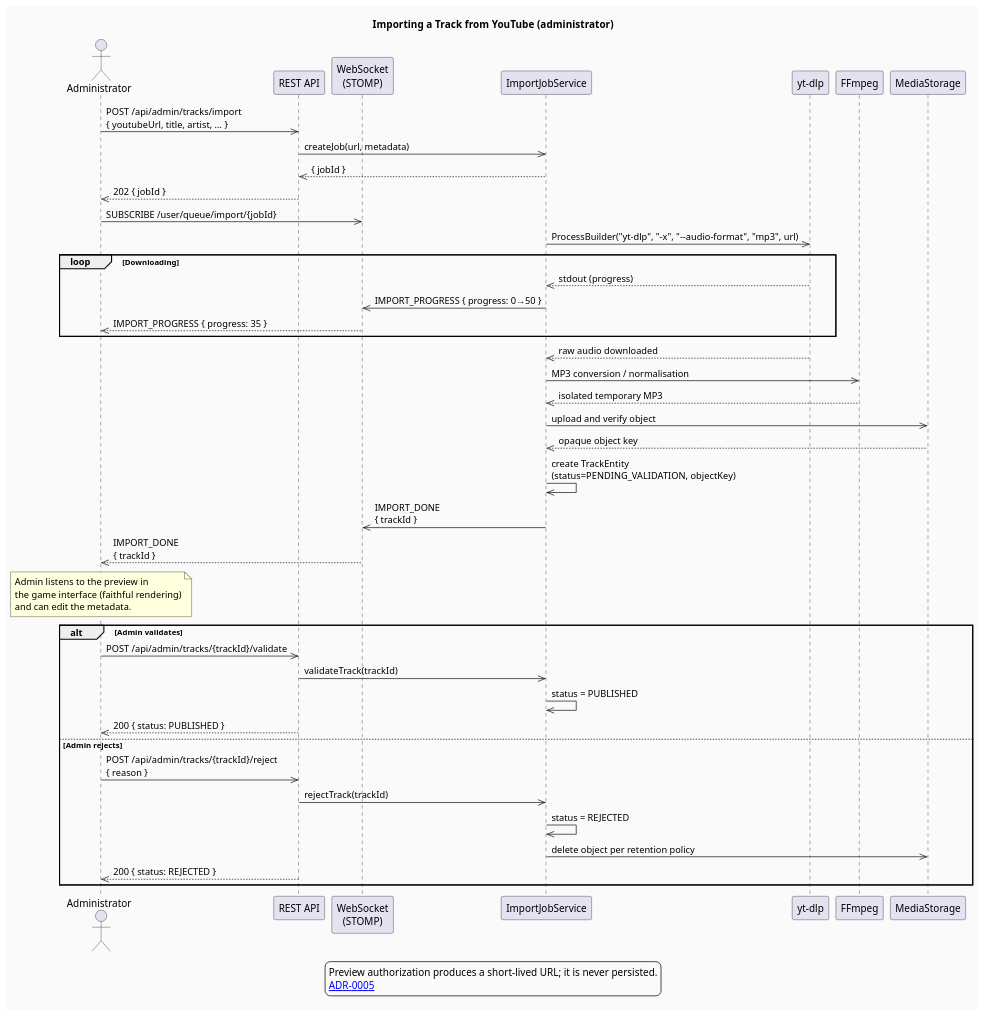
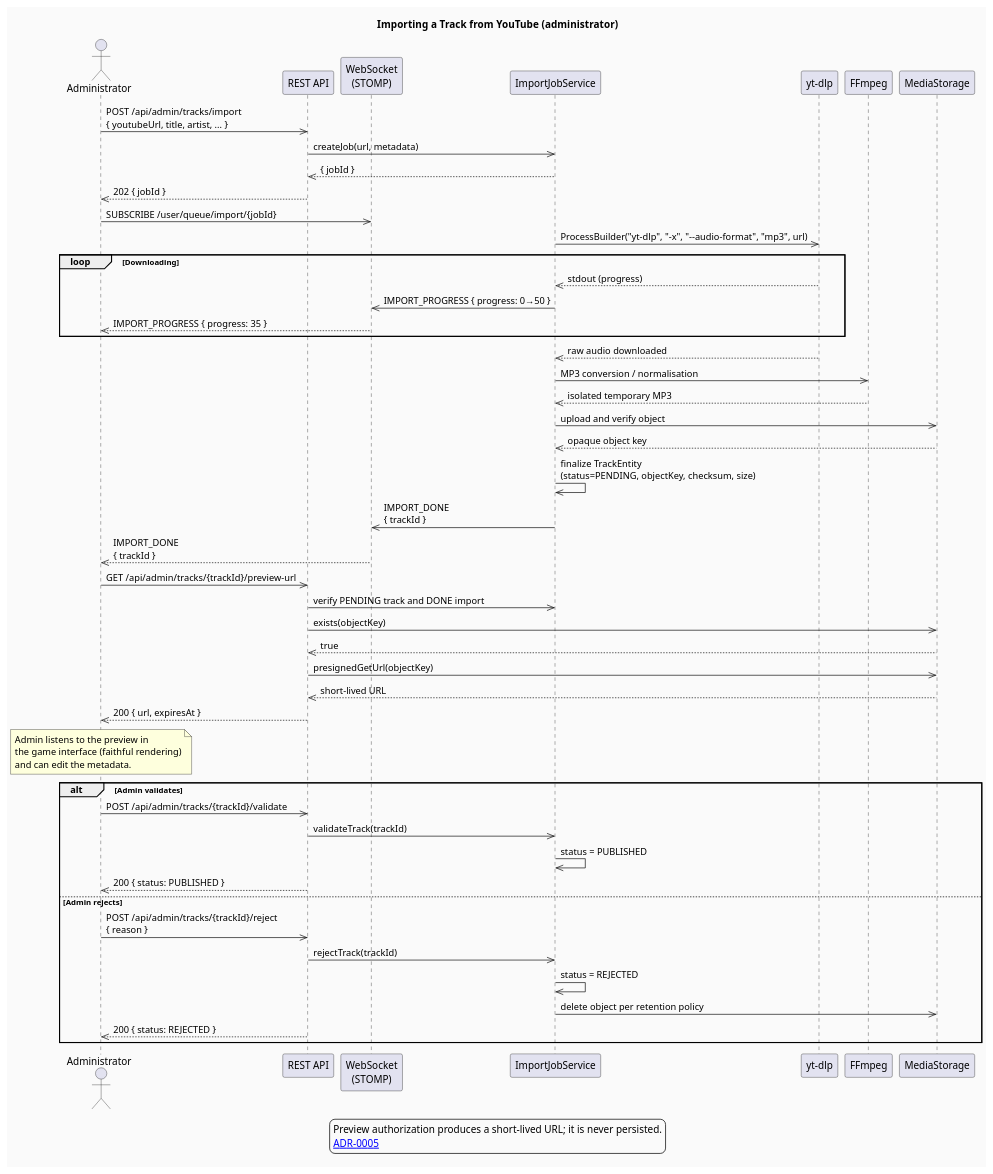
The fourth of 5 diagrams in docs/diagrams/04-sequences.puml (CyprienJ/blindTest), drawn with PlantUML before and after one commit. The commit also changed 15 other files, not shown here.

```diff
--- a/docs/diagrams/04-sequences.puml
+++ b/docs/diagrams/04-sequences.puml
@@ -175,64 +175,72 @@
 @startuml Sequence - Music Import (administrator)
 ' Decision: ADR-0005 stores validated audio in private S3-compatible storage.
 title Importing a Track from YouTube (administrator)
 skinparam backgroundColor #FAFAFA
 
 actor "Administrator" as admin
 participant "REST API" as rest
 participant "WebSocket\n(STOMP)" as ws
 participant "ImportJobService" as job
 participant "yt-dlp" as ytdlp
 participant "FFmpeg" as ffmpeg
 participant "MediaStorage" as storage
 
 admin ->> rest : POST /api/admin/tracks/import\n{ youtubeUrl, title, artist, ... }
 rest ->> job : createJob(url, metadata)
 job -->> rest : { jobId }
 rest -->> admin : 202 { jobId }
 
 admin ->> ws : SUBSCRIBE /user/queue/import/{jobId}
 
 job ->> ytdlp : ProcessBuilder("yt-dlp", "-x", "--audio-format", "mp3", url)
 
 loop Downloading
   ytdlp -->> job : stdout (progress)
   job ->> ws : IMPORT_PROGRESS { progress: 0→50 }
   ws -->> admin : IMPORT_PROGRESS { progress: 35 }
 end
 
 ytdlp -->> job : raw audio downloaded
 
 job ->> ffmpeg : MP3 conversion / normalisation
 ffmpeg -->> job : isolated temporary MP3
 job ->> storage : upload and verify object
 storage -->> job : opaque object key
-job ->> job : create TrackEntity\n(status=PENDING_VALIDATION, objectKey)
+job ->> job : finalize TrackEntity\n(status=PENDING, objectKey, checksum, size)
 
 job ->> ws : IMPORT_DONE\n{ trackId }
 ws -->> admin : IMPORT_DONE\n{ trackId }
+
+admin ->> rest : GET /api/admin/tracks/{trackId}/preview-url
+rest ->> job : verify PENDING track and DONE import
+rest ->> storage : exists(objectKey)
+storage -->> rest : true
+rest ->> storage : presignedGetUrl(objectKey)
+storage -->> rest : short-lived URL
+rest -->> admin : 200 { url, expiresAt }
 
 note over admin
   Admin listens to the preview in
   the game interface (faithful rendering)
   and can edit the metadata.
 end note
 
 alt Admin validates
   admin ->> rest : POST /api/admin/tracks/{trackId}/validate
   rest ->> job : validateTrack(trackId)
   job ->> job : status = PUBLISHED
   rest -->> admin : 200 { status: PUBLISHED }
 else Admin rejects
   admin ->> rest : POST /api/admin/tracks/{trackId}/reject\n{ reason }
   rest ->> job : rejectTrack(trackId)
   job ->> job : status = REJECTED
   job ->> storage : delete object per retention policy
   rest -->> admin : 200 { status: REJECTED }
 end
 
 legend bottom
   Preview authorization produces a short-lived URL; it is never persisted.
   [[../adr/0005-private-s3-media-and-presigned-playback.md ADR-0005]]
 endlegend
 
 @enduml
```
